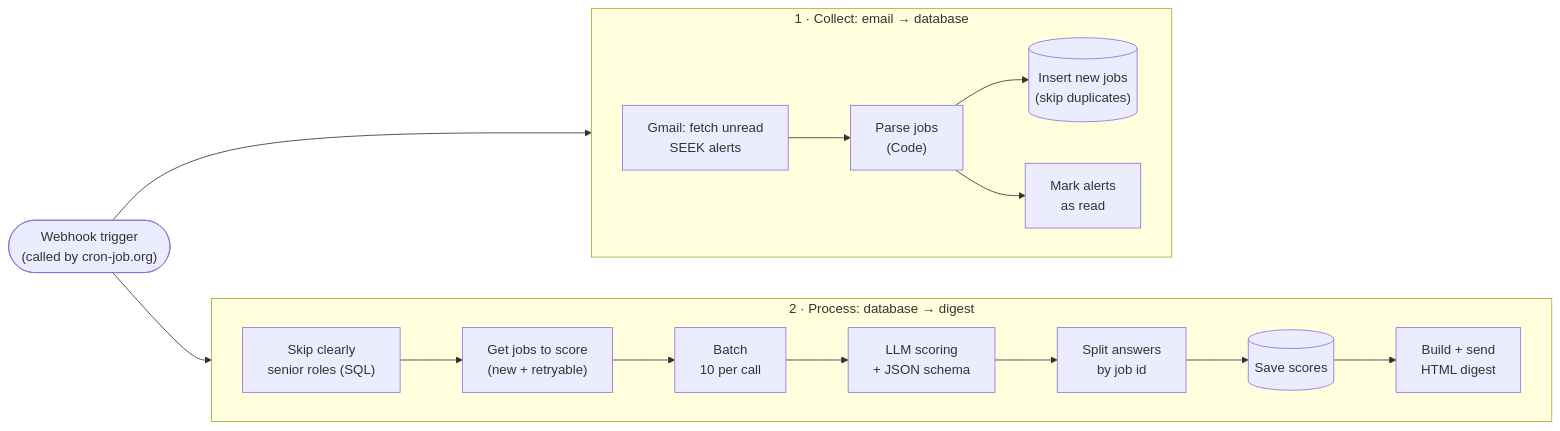
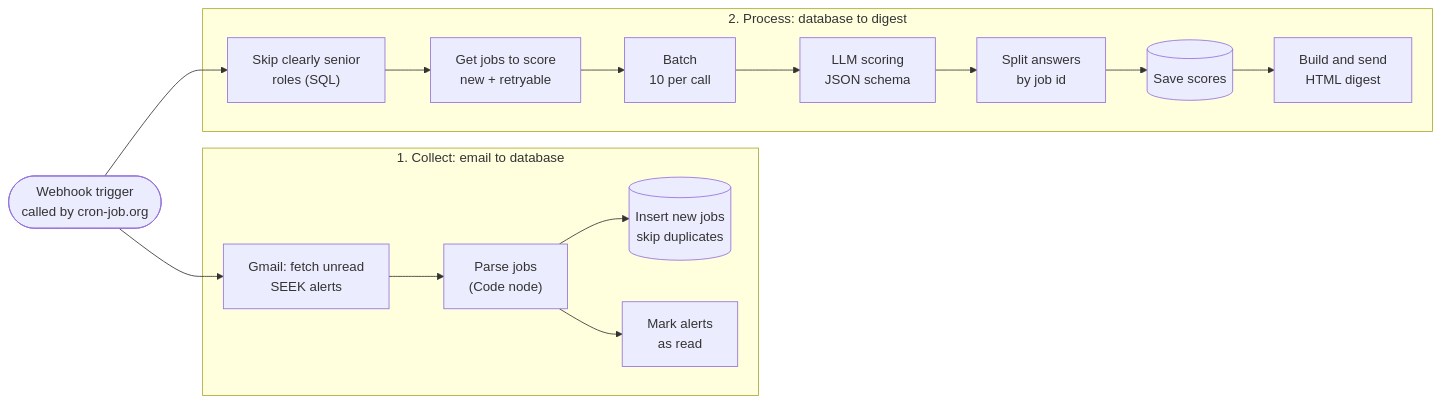
Before and after one commit to bilitixi/n8n-job-seek-workflow: the diagram in README.md, drawn with Mermaid. The commit also changed other lines of this file and 2 other files, not shown here.

Commit message:
Fix README diagram rendering and add credential setup guide
- Simplify the README Mermaid flowchart: link to nodes instead of
  subgraphs and drop per-subgraph direction, which GitHub failed to render
- Add docs/credentials.md: step-by-step setup for Postgres (Supabase),
  Gmail OAuth2 (Google Cloud), OpenRouter and the webhook Header Auth,
  with troubleshooting tables and a final checklist
- Link the guide from the README and deployment guide

Claude-Session: https://claude.ai/code/session_01NsB4PsSYa5PiDFCDZqopHk

````diff
--- a/README.md
+++ b/README.md
@@ -15,15 +15,22 @@
 ```mermaid
 flowchart LR
-    T(["Webhook trigger<br/>(called by cron-job.org)"]) --> A & B
+    T(["Webhook trigger<br/>called by cron-job.org"])
 
-    subgraph A["1 · Collect: email → database"]
-        direction LR
-        A1["Gmail: fetch unread<br/>SEEK alerts"] --> A2["Parse jobs<br/>(Code)"] --> A3[("Insert new jobs<br/>(skip duplicates)")]
+    subgraph COLLECT["1. Collect: email to database"]
+        A1["Gmail: fetch unread<br/>SEEK alerts"] --> A2["Parse jobs<br/>(Code node)"]
+        A2 --> A3[("Insert new jobs<br/>skip duplicates")]
         A2 --> A4["Mark alerts<br/>as read"]
     end
 
-    subgraph B["2 · Process: database → digest"]
-        direction LR
-        B1["Skip clearly<br/>senior roles (SQL)"] --> B2["Get jobs to score<br/>(new + retryable)"] --> B3["Batch<br/>10 per call"] --> B4["LLM scoring<br/>+ JSON schema"] --> B5["Split answers<br/>by job id"] --> B6[("Save scores")] --> B7["Build + send<br/>HTML digest"]
+    subgraph PROCESS["2. Process: database to digest"]
+        B1["Skip clearly senior<br/>roles (SQL)"] --> B2["Get jobs to score<br/>new + retryable"]
+        B2 --> B3["Batch<br/>10 per call"]
+        B3 --> B4["LLM scoring<br/>JSON schema"]
+        B4 --> B5["Split answers<br/>by job id"]
+        B5 --> B6[("Save scores")]
+        B6 --> B7["Build and send<br/>HTML digest"]
     end
+
+    T --> A1
+    T --> B1
 ```
````
